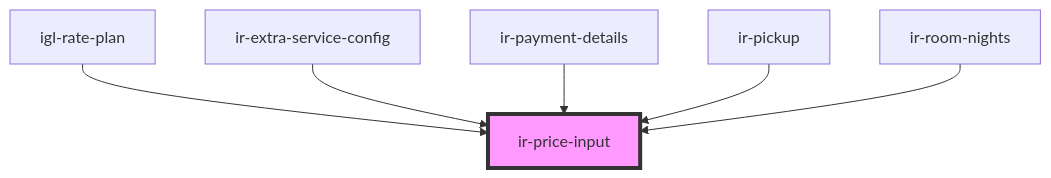
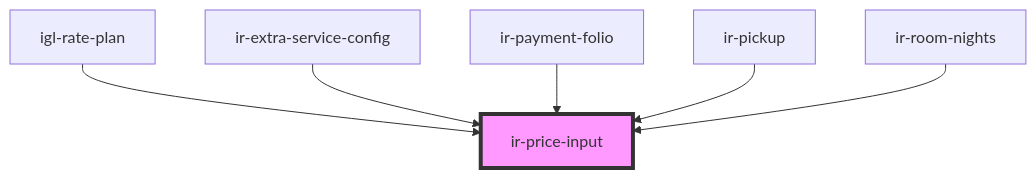
One commit to David1Chowaifaty/modified-ir-webcmp changed the diagram in src/components/ui/ir-price-input/readme.md. Above: the diagram before and after it, drawn with Mermaid. The commit also changed other lines of this file and 50 other files, not shown here.

````diff
--- a/src/components/ui/ir-price-input/readme.md
+++ b/src/components/ui/ir-price-input/readme.md
@@ -49,9 +52,9 @@
 ```mermaid
 graph TD;
   igl-rate-plan --> ir-price-input
   ir-extra-service-config --> ir-price-input
-  ir-payment-details --> ir-price-input
+  ir-payment-folio --> ir-price-input
   ir-pickup --> ir-price-input
   ir-room-nights --> ir-price-input
   style ir-price-input fill:#f9f,stroke:#333,stroke-width:4px
 ```
````
